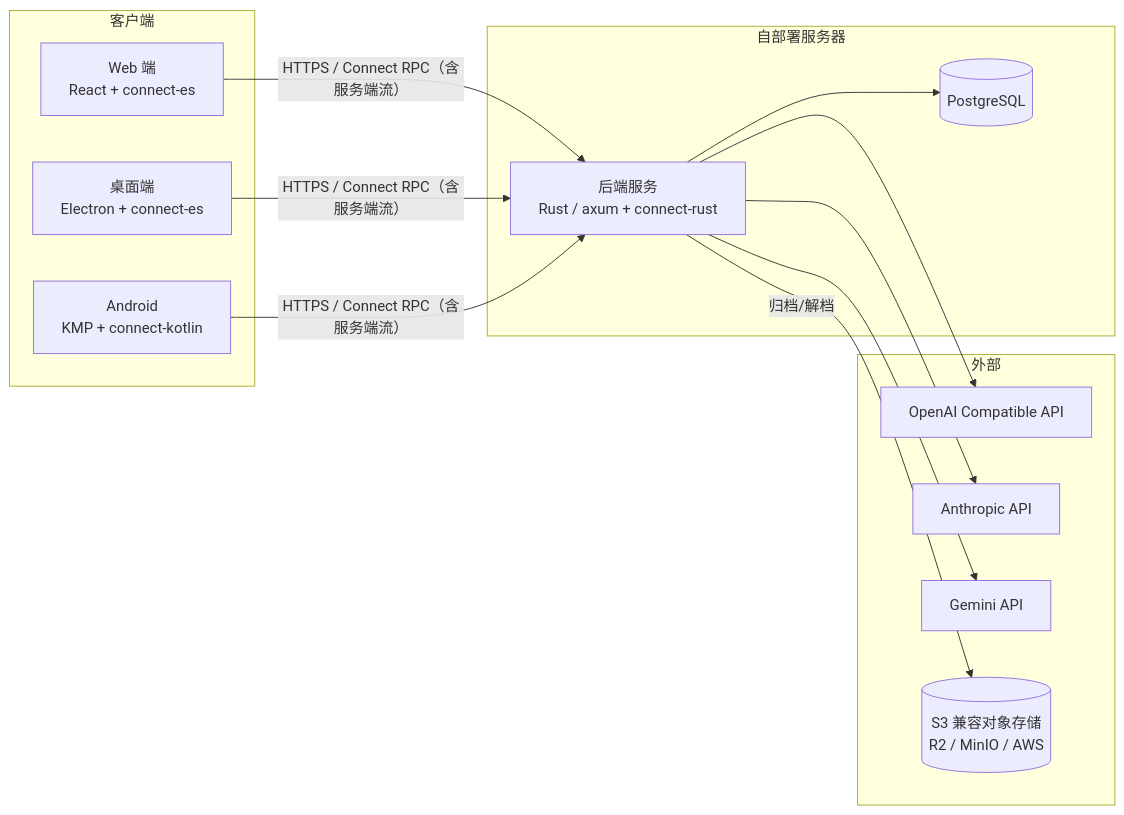
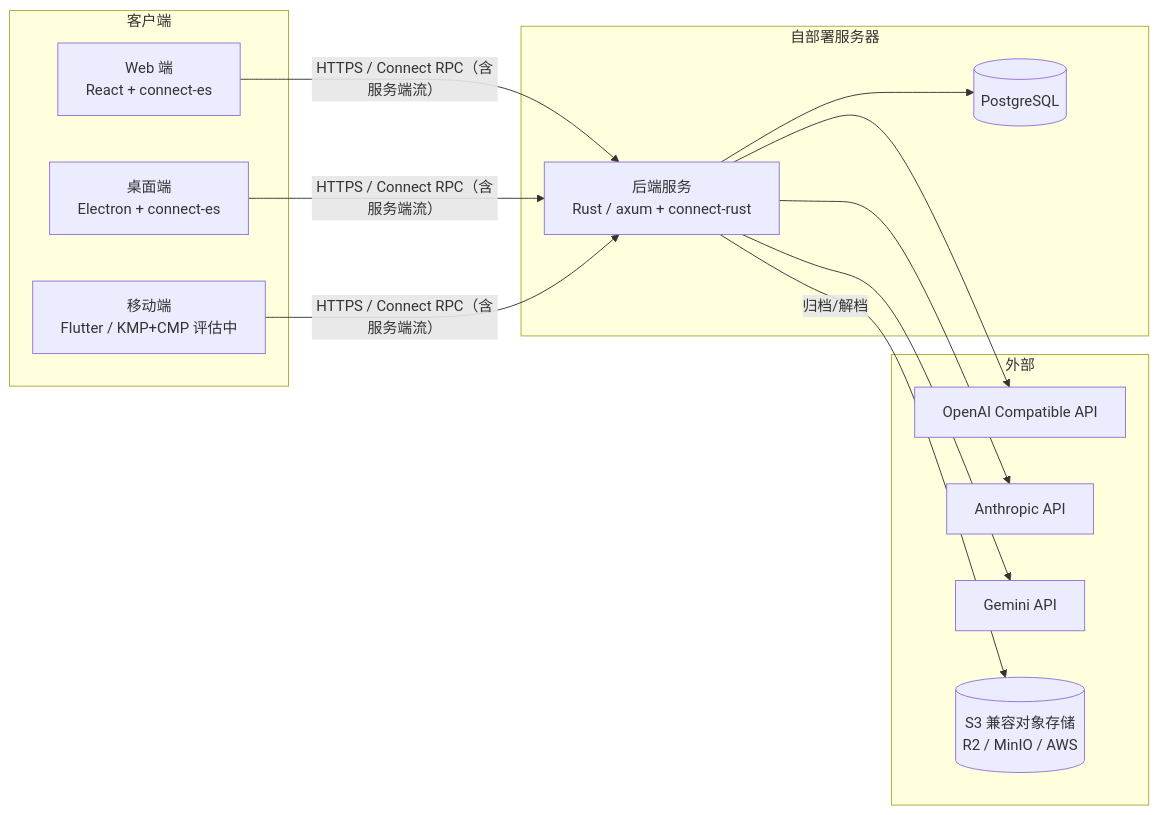
Before and after one commit to LemmaOS/lemma: the diagram in docs/design/v0-tech-design.md, drawn with Mermaid. The commit also changed other lines of this file and 1 other file, not shown here.

````diff
--- a/docs/design/v0-tech-design.md
+++ b/docs/design/v0-tech-design.md
@@ -10,22 +10,22 @@
 ```mermaid
 graph LR
     subgraph 客户端
         W[Web 端<br>React + connect-es]
         D[桌面端<br>Electron + connect-es]
-        M[Android<br>KMP + connect-kotlin]
+        M[移动端<br>Flutter / KMP+CMP 评估中]
     end
     subgraph 自部署服务器
         S[后端服务<br>Rust / axum + connect-rust]
         DB[(PostgreSQL)]
     end
     subgraph 外部
         P1[OpenAI Compatible API]
         P2[Anthropic API]
         P3[Gemini API]
         S3[(S3 兼容对象存储<br>R2 / MinIO / AWS)]
     end
     W & D & M -- HTTPS / Connect RPC（含服务端流） --> S
     S --> DB
     S --> P1 & P2 & P3
     S -- 归档/解档 --> S3
 ```
````
